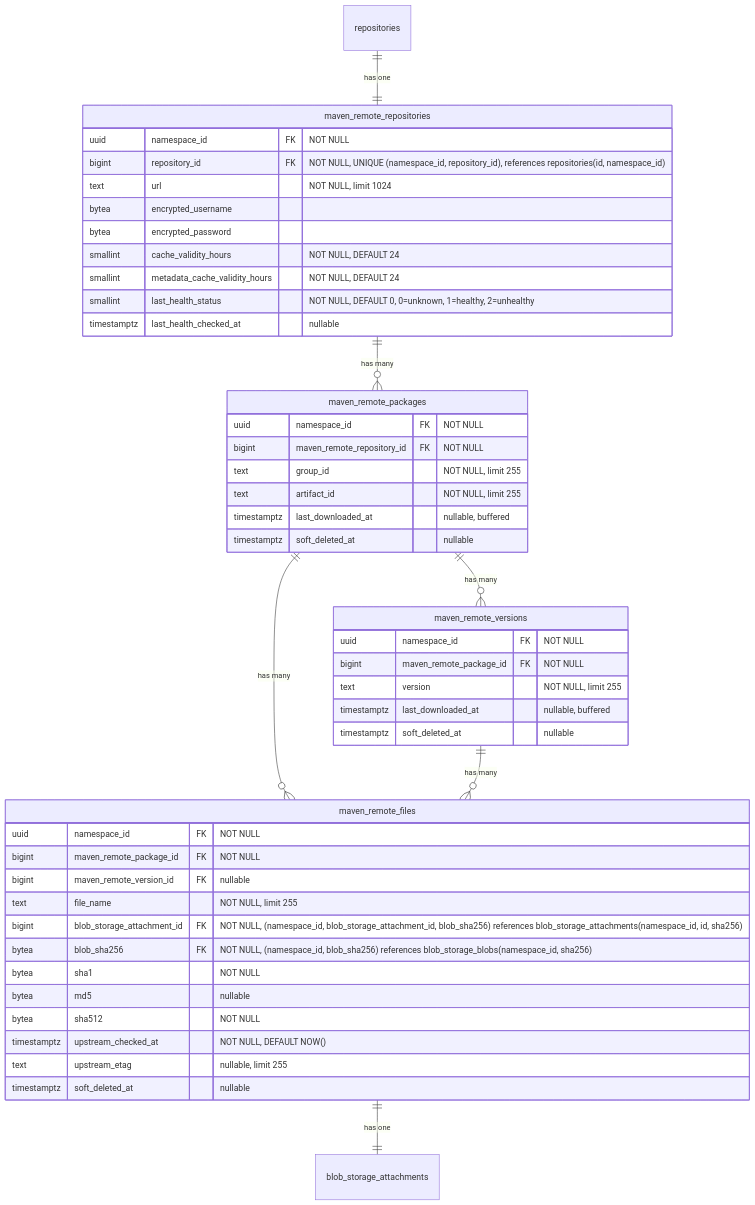
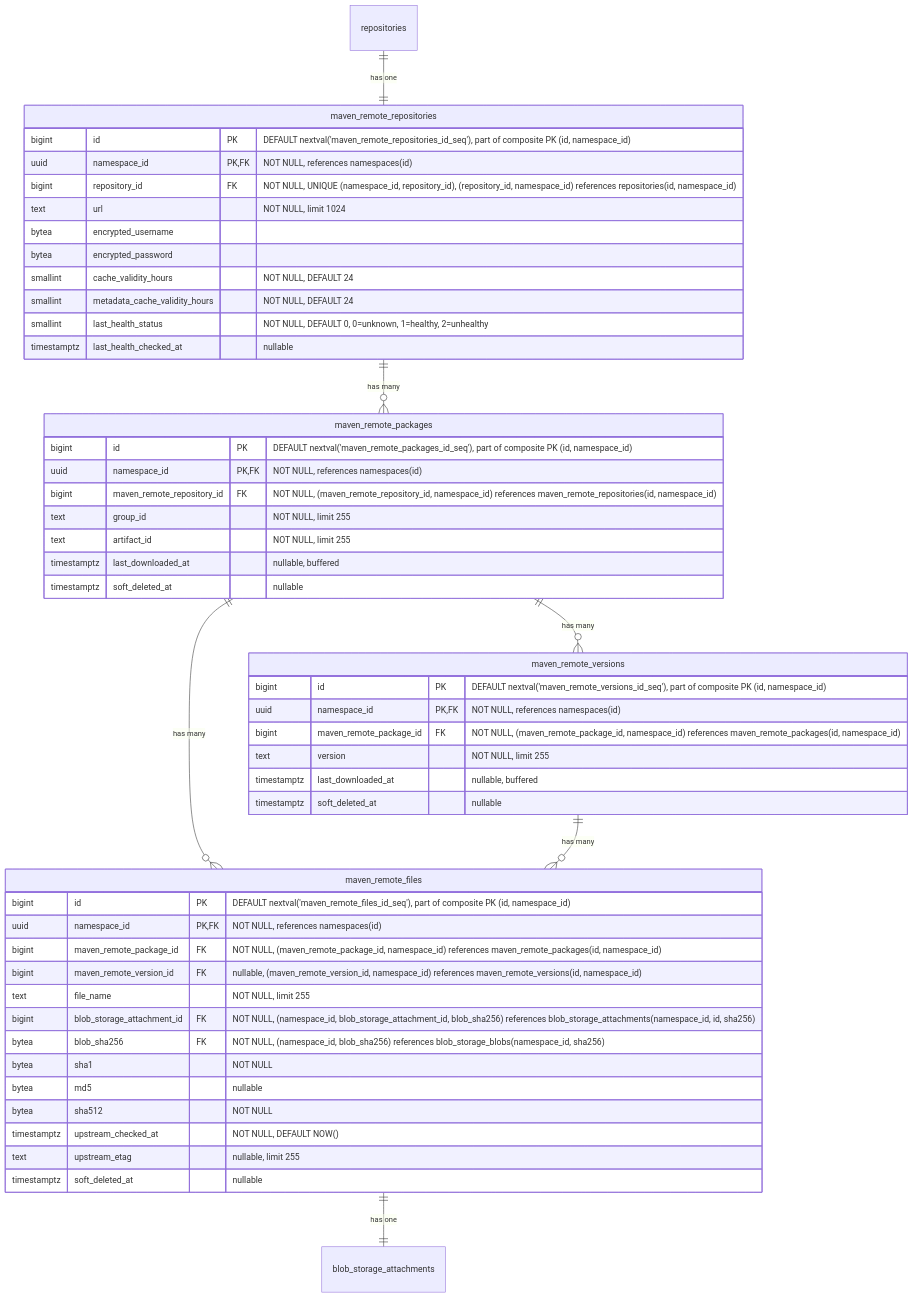
Before and after one commit to kyama0/gitlab-handbook-ja: diagram 11 of 19 in content/handbook/engineering/architecture/design-documents/artifact_registry/decisions/007_database_schema.md, drawn with Mermaid. The commit also changed other lines of this file and 7 other files, not shown here.

````diff
--- a/content/handbook/engineering/architecture/design-documents/artifact_registry/decisions/007_database_schema.md
+++ b/content/handbook/engineering/architecture/design-documents/artifact_registry/decisions/007_database_schema.md
@@ -779,53 +824,57 @@
 ```mermaid
 erDiagram
     repositories ||--|| maven_remote_repositories : "has one"
     maven_remote_repositories ||--o{ maven_remote_packages : "has many"
     maven_remote_packages ||--o{ maven_remote_versions : "has many"
     maven_remote_packages ||--o{ maven_remote_files : "has many"
     maven_remote_versions ||--o{ maven_remote_files : "has many"
     maven_remote_files ||--|| blob_storage_attachments : "has one"
 
     maven_remote_repositories {
-        uuid namespace_id FK "NOT NULL"
-        bigint repository_id FK "NOT NULL, UNIQUE (namespace_id, repository_id), references repositories(id, namespace_id)"
+        bigint id PK "DEFAULT nextval('maven_remote_repositories_id_seq'), part of composite PK (id, namespace_id)"
+        uuid namespace_id PK,FK "NOT NULL, references namespaces(id)"
+        bigint repository_id FK "NOT NULL, UNIQUE (namespace_id, repository_id), (repository_id, namespace_id) references repositories(id, namespace_id)"
         text url "NOT NULL, limit 1024"
         bytea encrypted_username
         bytea encrypted_password
         smallint cache_validity_hours "NOT NULL, DEFAULT 24"
         smallint metadata_cache_validity_hours "NOT NULL, DEFAULT 24"
         smallint last_health_status "NOT NULL, DEFAULT 0, 0=unknown, 1=healthy, 2=unhealthy"
         timestamptz last_health_checked_at "nullable"
     }
 
     maven_remote_packages {
-        uuid namespace_id FK "NOT NULL"
-        bigint maven_remote_repository_id FK "NOT NULL"
+        bigint id PK "DEFAULT nextval('maven_remote_packages_id_seq'), part of composite PK (id, namespace_id)"
+        uuid namespace_id PK,FK "NOT NULL, references namespaces(id)"
+        bigint maven_remote_repository_id FK "NOT NULL, (maven_remote_repository_id, namespace_id) references maven_remote_repositories(id, namespace_id)"
         text group_id "NOT NULL, limit 255"
         text artifact_id "NOT NULL, limit 255"
         timestamptz last_downloaded_at "nullable, buffered"
         timestamptz soft_deleted_at "nullable"
     }
 
     maven_remote_versions {
-        uuid namespace_id FK "NOT NULL"
-        bigint maven_remote_package_id FK "NOT NULL"
+        bigint id PK "DEFAULT nextval('maven_remote_versions_id_seq'), part of composite PK (id, namespace_id)"
+        uuid namespace_id PK,FK "NOT NULL, references namespaces(id)"
+        bigint maven_remote_package_id FK "NOT NULL, (maven_remote_package_id, namespace_id) references maven_remote_packages(id, namespace_id)"
         text version "NOT NULL, limit 255"
         timestamptz last_downloaded_at "nullable, buffered"
         timestamptz soft_deleted_at "nullable"
     }
 
     maven_remote_files {
-        uuid namespace_id FK "NOT NULL"
-        bigint maven_remote_package_id FK "NOT NULL"
-        bigint maven_remote_version_id FK "nullable"
+        bigint id PK "DEFAULT nextval('maven_remote_files_id_seq'), part of composite PK (id, namespace_id)"
+        uuid namespace_id PK,FK "NOT NULL, references namespaces(id)"
+        bigint maven_remote_package_id FK "NOT NULL, (maven_remote_package_id, namespace_id) references maven_remote_packages(id, namespace_id)"
+        bigint maven_remote_version_id FK "nullable, (maven_remote_version_id, namespace_id) references maven_remote_versions(id, namespace_id)"
         text file_name "NOT NULL, limit 255"
         bigint blob_storage_attachment_id FK "NOT NULL, (namespace_id, blob_storage_attachment_id, blob_sha256) references blob_storage_attachments(namespace_id, id, sha256)"
         bytea blob_sha256 FK "NOT NULL, (namespace_id, blob_sha256) references blob_storage_blobs(namespace_id, sha256)"
         bytea sha1 "NOT NULL"
         bytea md5 "nullable"
         bytea sha512 "NOT NULL"
         timestamptz upstream_checked_at "NOT NULL, DEFAULT NOW()"
         text upstream_etag "nullable, limit 255"
         timestamptz soft_deleted_at "nullable"
     }
 ```
````
